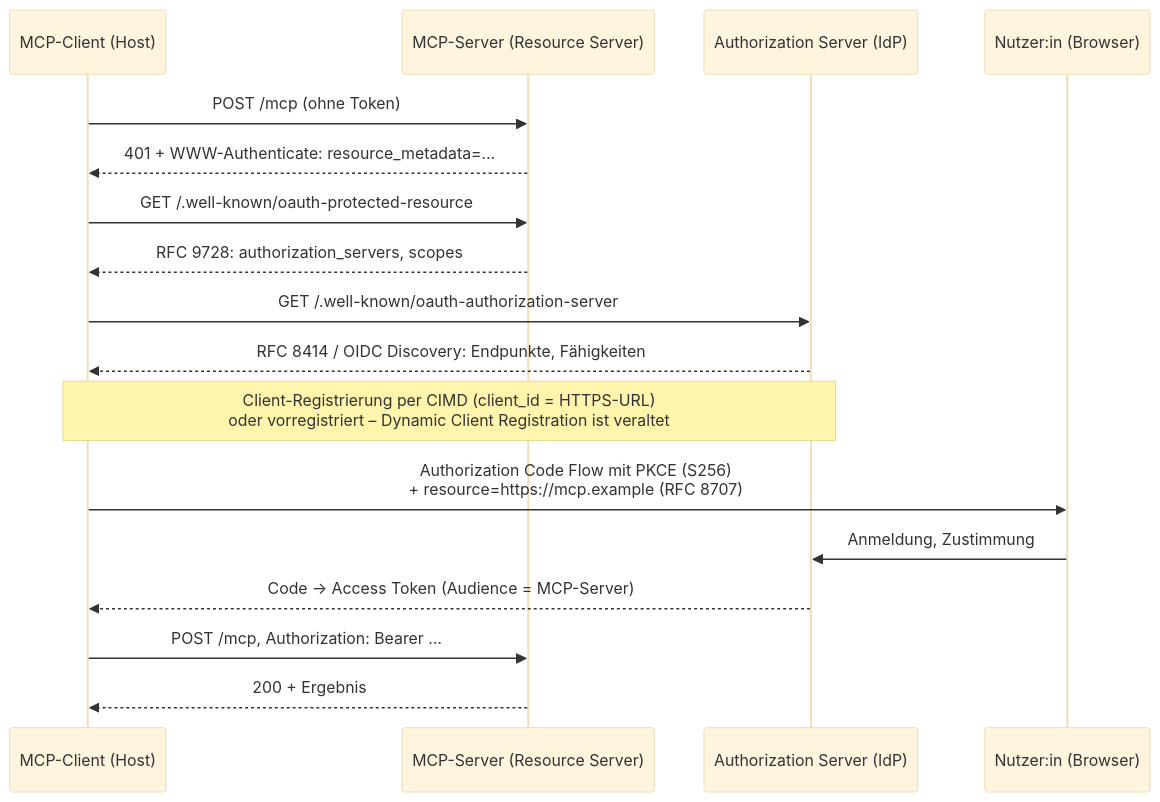
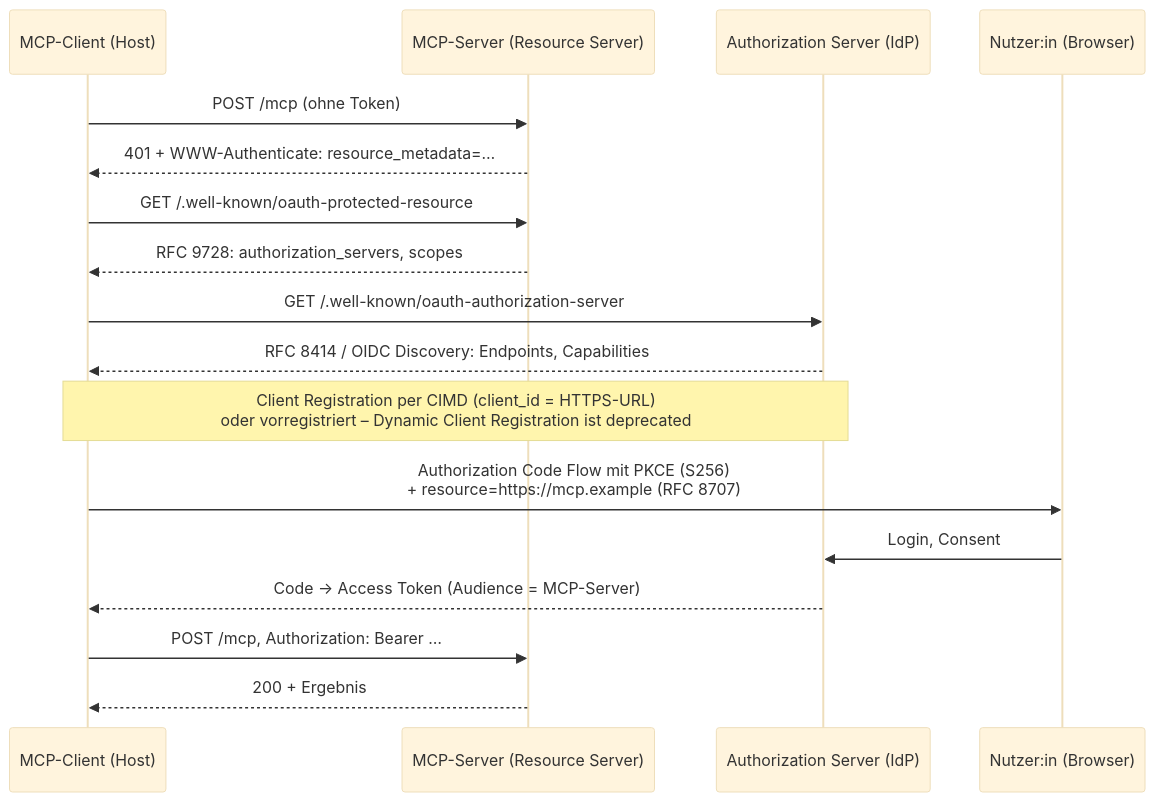
Before and after one commit to org-felix-paul/felix-paul-website: the fourth of 13 diagrams in src/blog/content/posts/agentic-protocols-compared.md, drawn with Mermaid (base theme). The commit also changed other lines of this file, not shown here.

````diff
--- a/src/blog/content/posts/agentic-protocols-compared.md
+++ b/src/blog/content/posts/agentic-protocols-compared.md
@@ -389,19 +389,19 @@
 ```mermaid
 sequenceDiagram
     participant C as MCP-Client (Host)
     participant S as MCP-Server (Resource Server)
     participant A as Authorization Server (IdP)
     participant U as Nutzer:in (Browser)
     C->>S: POST /mcp (ohne Token)
     S-->>C: 401 + WWW-Authenticate: resource_metadata=…
     C->>S: GET /.well-known/oauth-protected-resource
     S-->>C: RFC 9728: authorization_servers, scopes
     C->>A: GET /.well-known/oauth-authorization-server
-    A-->>C: RFC 8414 / OIDC Discovery: Endpunkte, Fähigkeiten
-    Note over C,A: Client-Registrierung per CIMD (client_id = HTTPS-URL)<br/>oder vorregistriert – Dynamic Client Registration ist veraltet
+    A-->>C: RFC 8414 / OIDC Discovery: Endpoints, Capabilities
+    Note over C,A: Client Registration per CIMD (client_id = HTTPS-URL)<br/>oder vorregistriert – Dynamic Client Registration ist deprecated
     C->>U: Authorization Code Flow mit PKCE (S256)<br/>+ resource=https://mcp.example (RFC 8707)
-    U->>A: Anmeldung, Zustimmung
+    U->>A: Login, Consent
     A-->>C: Code → Access Token (Audience = MCP-Server)
     C->>S: POST /mcp, Authorization: Bearer …
     S-->>C: 200 + Ergebnis
 ```
````
